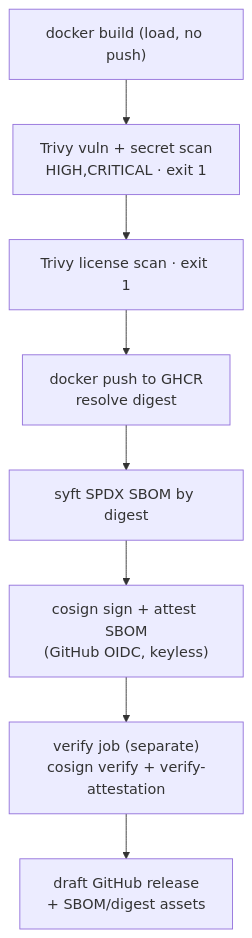
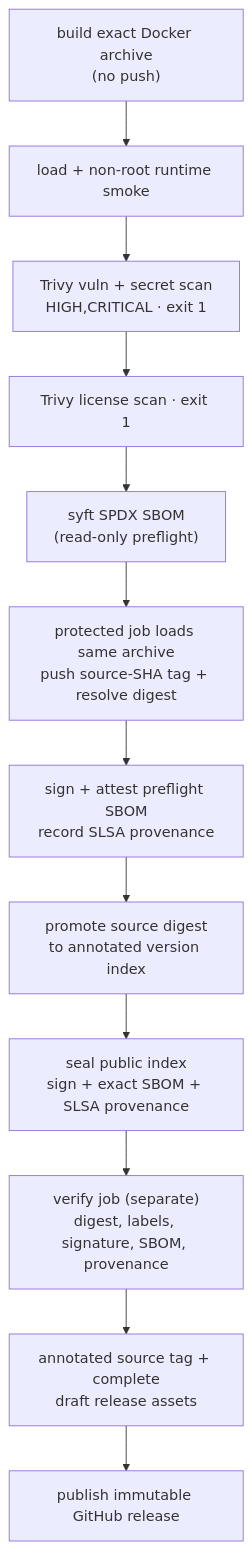
Before and after one commit to LuiGGi629/agentops-open-course: the second of 2 diagrams in docs/6. Platform/6.1. Containers.md, drawn with Mermaid. The commit also changed other lines of this file and 2 other files, not shown here.

````diff
--- a/docs/6. Platform/6.1. Containers.md
+++ b/docs/6. Platform/6.1. Containers.md
@@ -193,10 +193,14 @@
     ```mermaid
     flowchart TD
-        B["docker build (load, no push)"] --> S1["Trivy vuln + secret scan<br/>HIGH,CRITICAL · exit 1"]
+        B["build exact Docker archive<br/>(no push)"] --> L["load + non-root runtime smoke"]
+        L --> S1["Trivy vuln + secret scan<br/>HIGH,CRITICAL · exit 1"]
         S1 --> S2["Trivy license scan · exit 1"]
-        S2 --> P["docker push to GHCR<br/>resolve digest"]
-        P --> SB["syft SPDX SBOM by digest"]
-        SB --> SG["cosign sign + attest SBOM<br/>(GitHub OIDC, keyless)"]
-        SG --> V["verify job (separate)<br/>cosign verify + verify-attestation"]
-        V --> R["draft GitHub release<br/>+ SBOM/digest assets"]
+        S2 --> SB["syft SPDX SBOM<br/>(read-only preflight)"]
+        SB --> P["protected job loads same archive<br/>push source-SHA tag + resolve digest"]
+        P --> SG["sign + attest preflight SBOM<br/>record SLSA provenance"]
+        SG --> T["promote source digest<br/>to annotated version index"]
+        T --> Seal["seal public index<br/>sign + exact SBOM + SLSA provenance"]
+        Seal --> V["verify job (separate)<br/>digest, labels, signature, SBOM, provenance"]
+        V --> R["annotated source tag + complete<br/>draft release assets"]
+        R --> Pub["publish immutable GitHub release"]
     ```
````
